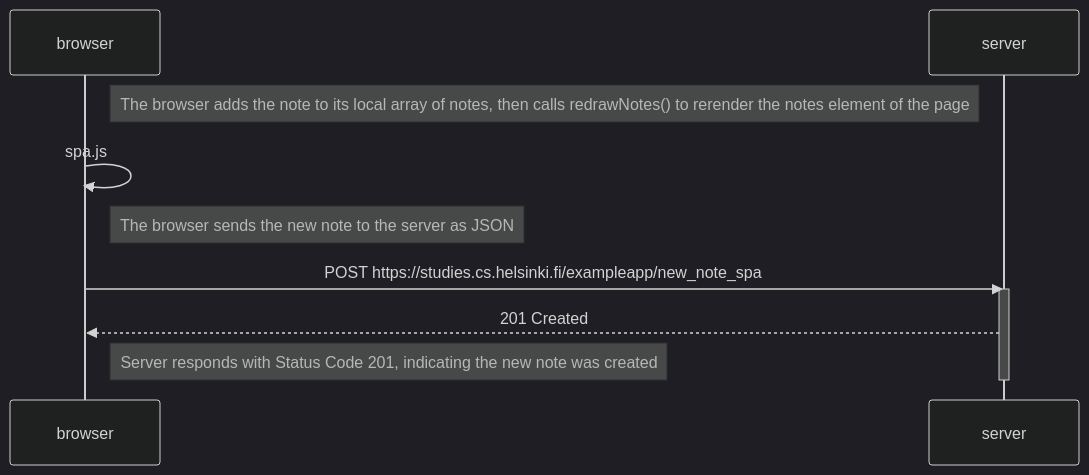
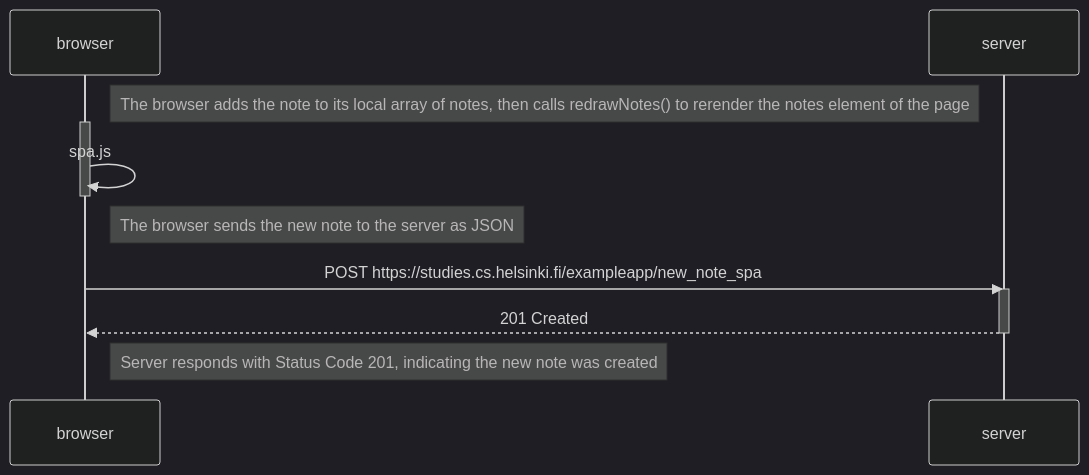
One commit to SPANZ1993/Full_Stack_Open_2023 changed the diagram in Part_0/0_6.md. Above: the diagram before and after it, drawn with Mermaid (dark theme).

Commit message:
Minor formatting on 0.6 Submission

````diff
--- a/Part_0/0_6.md
+++ b/Part_0/0_6.md
@@ -1,15 +1,17 @@
 ```mermaid
 sequenceDiagram
     participant browser
     participant server
     
 	Note right of browser: The browser adds the note to its local array of notes, then calls redrawNotes() to rerender the notes element of the page
+    activate browser
 	browser ->> browser: spa.js
+    deactivate browser
 
 	Note right of browser: The browser sends the new note to the server as JSON
     browser->>server: POST https://studies.cs.helsinki.fi/exampleapp/new_note_spa
     activate server
     server-->>browser: 201 Created
+    deactivate server
     Note right of browser: Server responds with Status Code 201, indicating the new note was created
-    deactivate server
 ```
````
